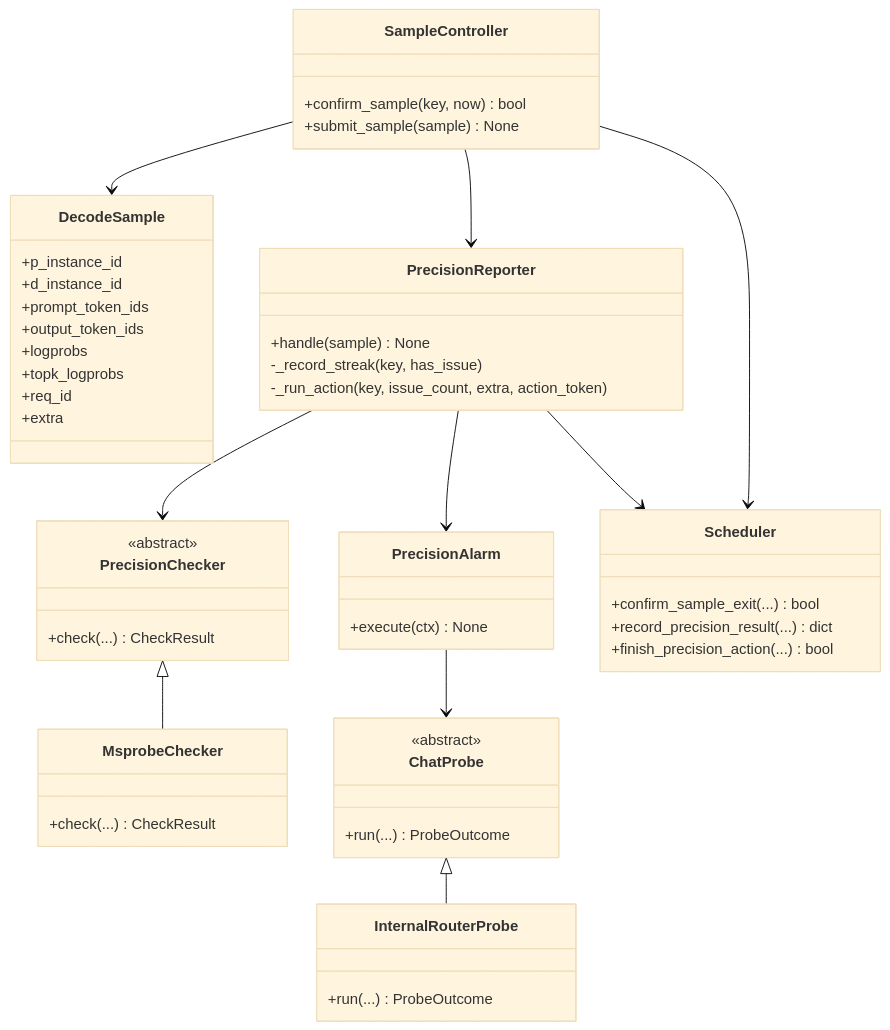
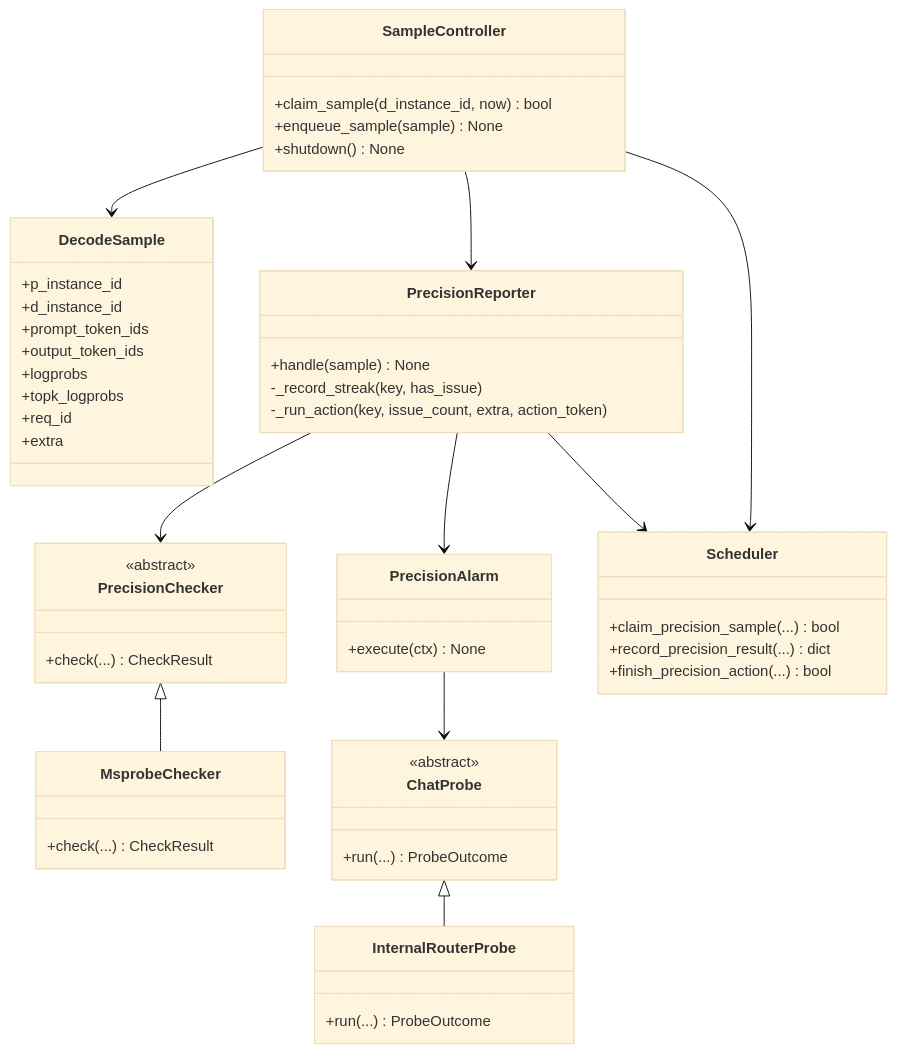
Before and after one commit to Ascend/MindIE-Motor: the second of 2 diagrams in docs/zh/design/fault_tolerance/precision_detection.md, drawn with Mermaid (base theme). The commit also changed other lines of this file and 23 other files, not shown here.

````diff
--- a/docs/zh/design/fault_tolerance/precision_detection.md
+++ b/docs/zh/design/fault_tolerance/precision_detection.md
@@ -241,54 +254,55 @@
 ```mermaid
 classDiagram
     class SampleController {
-        +confirm_sample(key, now) bool
-        +submit_sample(sample) None
+        +claim_sample(d_instance_id, now) bool
+        +enqueue_sample(sample) None
+        +shutdown() None
     }
     class DecodeSample {
         +p_instance_id
         +d_instance_id
         +prompt_token_ids
         +output_token_ids
         +logprobs
         +topk_logprobs
         +req_id
         +extra
     }
     class PrecisionReporter {
         +handle(sample) None
         -_record_streak(key, has_issue)
         -_run_action(key, issue_count, extra, action_token)
     }
     class PrecisionChecker {
         <<abstract>>
         +check(...) CheckResult
     }
     class MsprobeChecker {
         +check(...) CheckResult
     }
     class PrecisionAlarm {
         +execute(ctx) None
     }
     class ChatProbe {
         <<abstract>>
         +run(...) ProbeOutcome
     }
     class InternalRouterProbe {
         +run(...) ProbeOutcome
     }
     class Scheduler {
-        +confirm_sample_exit(...) bool
+        +claim_precision_sample(...) bool
         +record_precision_result(...) dict
         +finish_precision_action(...) bool
     }
 
     SampleController --> DecodeSample
     SampleController --> PrecisionReporter
     PrecisionReporter --> PrecisionChecker
     PrecisionChecker <|-- MsprobeChecker
     PrecisionReporter --> PrecisionAlarm
     PrecisionAlarm --> ChatProbe
     ChatProbe <|-- InternalRouterProbe
     PrecisionReporter --> Scheduler
     SampleController --> Scheduler
 ```
````
